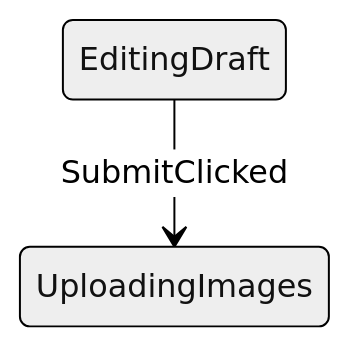
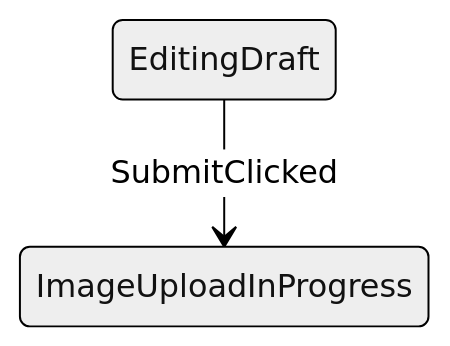
The second of 2 diagrams in wiki/03-engineering/afsm-v3-topology-first-api.md (kez-lab/afsm), drawn with Mermaid (neutral theme) before and after one commit. The commit also changed other lines of this file and 27 other files, not shown here.

````diff
--- a/wiki/03-engineering/afsm-v3-topology-first-api.md
+++ b/wiki/03-engineering/afsm-v3-topology-first-api.md
@@ -338,4 +338,4 @@
 ```mermaid
 stateDiagram-v2
-  EditingDraft --> UploadingImages: SubmitClicked
+  EditingDraft --> ImageUploadInProgress: SubmitClicked
 ```
````
